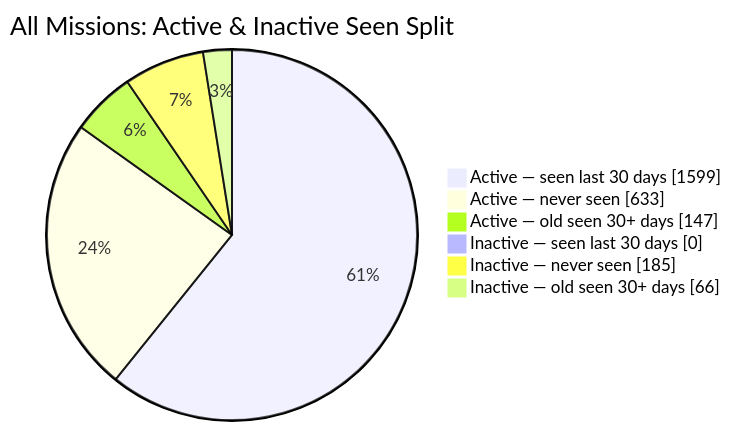
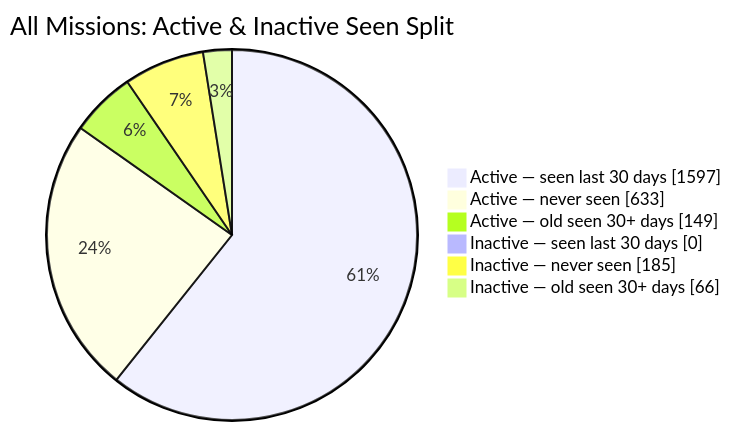
The second of 2 diagrams in README.md (MeldkamerspelGameTeam/active-missions), drawn with Mermaid before and after one commit. The commit also changed other lines of this file and 2 other files, not shown here.

````diff
--- a/README.md
+++ b/README.md
@@ -44,10 +44,10 @@
 ```mermaid
 pie showData
     title All Missions: Active & Inactive Seen Split
-    "Active — seen last 30 days" : 1599
+    "Active — seen last 30 days" : 1597
     "Active — never seen" : 633
-    "Active — old seen 30+ days" : 147
+    "Active — old seen 30+ days" : 149
     "Inactive — seen last 30 days" : 0
     "Inactive — never seen" : 185
     "Inactive — old seen 30+ days" : 66
 ```
````
